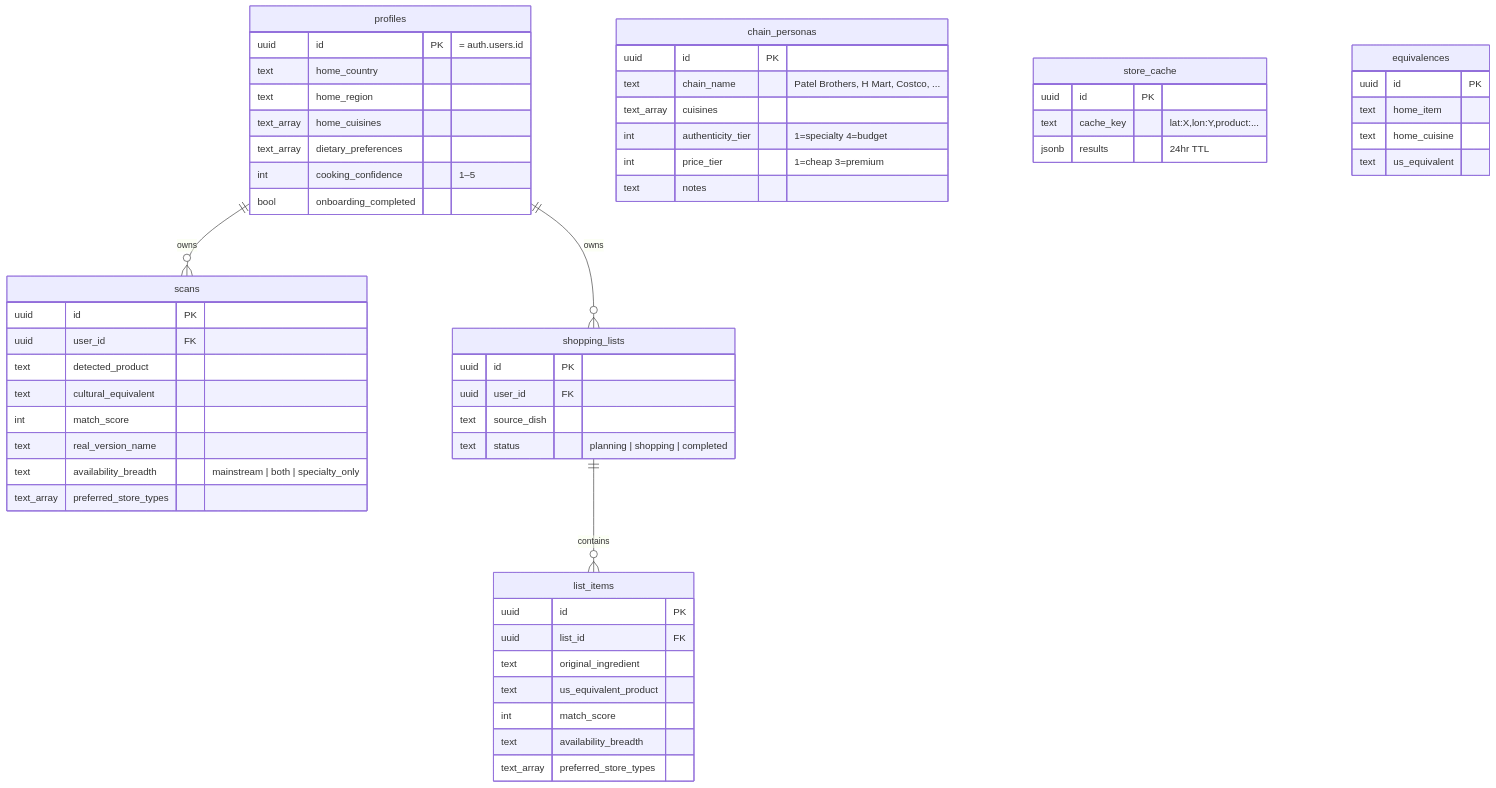
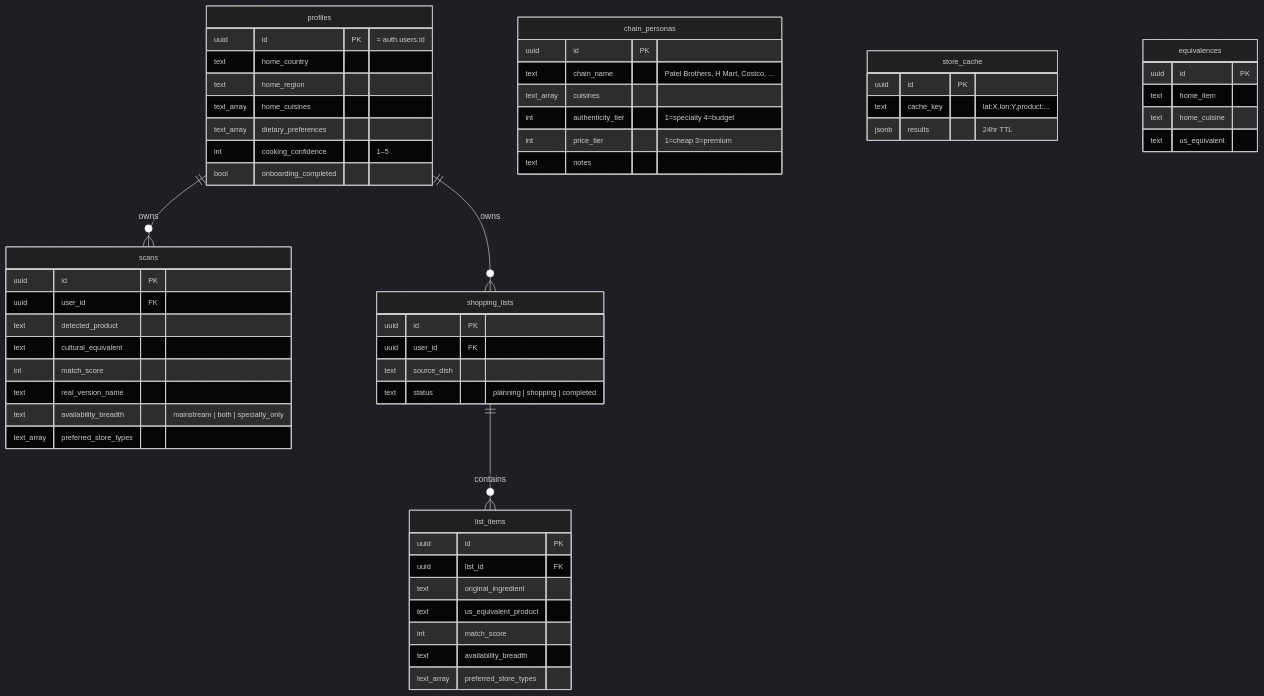
One commit to p-kowadkar/HomeCart changed the fifth of 5 diagrams in README.md. Above: the diagram before and after it, drawn with Mermaid. The commit also changed other lines of this file, not shown here.

First line of the commit message:
Polish README diagrams: dark theme + color-coded categories

````diff
--- a/README.md
+++ b/README.md
@@ -228,59 +265,60 @@
 ```mermaid
+%%{init: {'theme':'dark', 'themeVariables': {'fontSize':'12px', 'fontFamily':'-apple-system, system-ui, sans-serif'}}}%%
 erDiagram
     profiles ||--o{ scans : "owns"
     profiles ||--o{ shopping_lists : "owns"
     shopping_lists ||--o{ list_items : "contains"
     profiles {
         uuid id PK "= auth.users.id"
         text home_country
         text home_region
         text_array home_cuisines
         text_array dietary_preferences
         int cooking_confidence "1–5"
         bool onboarding_completed
     }
     scans {
         uuid id PK
         uuid user_id FK
         text detected_product
         text cultural_equivalent
         int match_score
         text real_version_name
         text availability_breadth "mainstream | both | specialty_only"
         text_array preferred_store_types
     }
     shopping_lists {
         uuid id PK
         uuid user_id FK
         text source_dish
         text status "planning | shopping | completed"
     }
     list_items {
         uuid id PK
         uuid list_id FK
         text original_ingredient
         text us_equivalent_product
         int match_score
         text availability_breadth
         text_array preferred_store_types
     }
     chain_personas {
         uuid id PK
         text chain_name "Patel Brothers, H Mart, Costco, ..."
         text_array cuisines
         int authenticity_tier "1=specialty 4=budget"
         int price_tier "1=cheap 3=premium"
         text notes
     }
     store_cache {
         uuid id PK
         text cache_key "lat:X,lon:Y,product:..."
         jsonb results "24hr TTL"
     }
     equivalences {
         uuid id PK
         text home_item
         text home_cuisine
         text us_equivalent
     }
 ```
````
